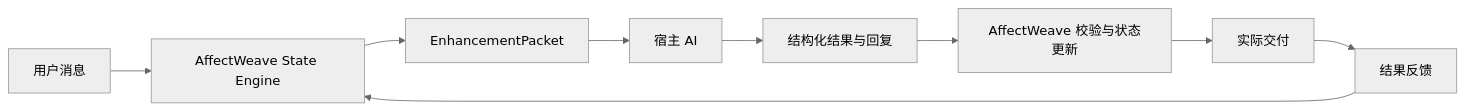
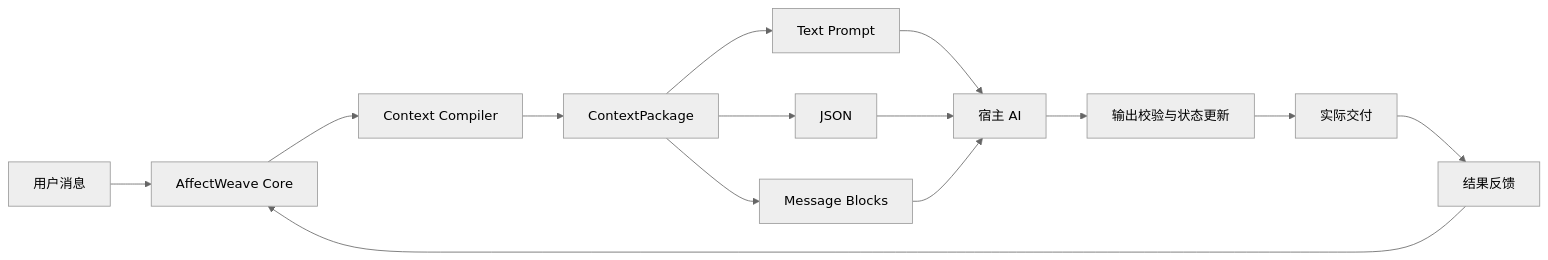
One commit to endview/affectweave changed the diagram in README.md. Above: the diagram before and after it, drawn with Mermaid (neutral theme). The commit also changed other lines of this file and 23 other files, not shown here.

Commit message:
feat: add context compiler and renderers

````diff
--- a/README.md
+++ b/README.md
@@ -14,11 +14,16 @@
 ```mermaid
 flowchart LR
-    U[用户消息] --> P[AffectWeave State Engine]
-    P --> E[EnhancementPacket]
-    E --> H[宿主 AI]
-    H --> R[结构化结果与回复]
-    R --> V[AffectWeave 校验与状态更新]
+    U[用户消息] --> C[AffectWeave Core]
+    C --> CC[Context Compiler]
+    CC --> CP[ContextPackage]
+    CP --> T[Text Prompt]
+    CP --> J[JSON]
+    CP --> M[Message Blocks]
+    T --> H[宿主 AI]
+    J --> H
+    M --> H
+    H --> V[输出校验与状态更新]
     V --> D[实际交付]
     D --> O[结果反馈]
-    O --> P
+    O --> C
 ```
````
